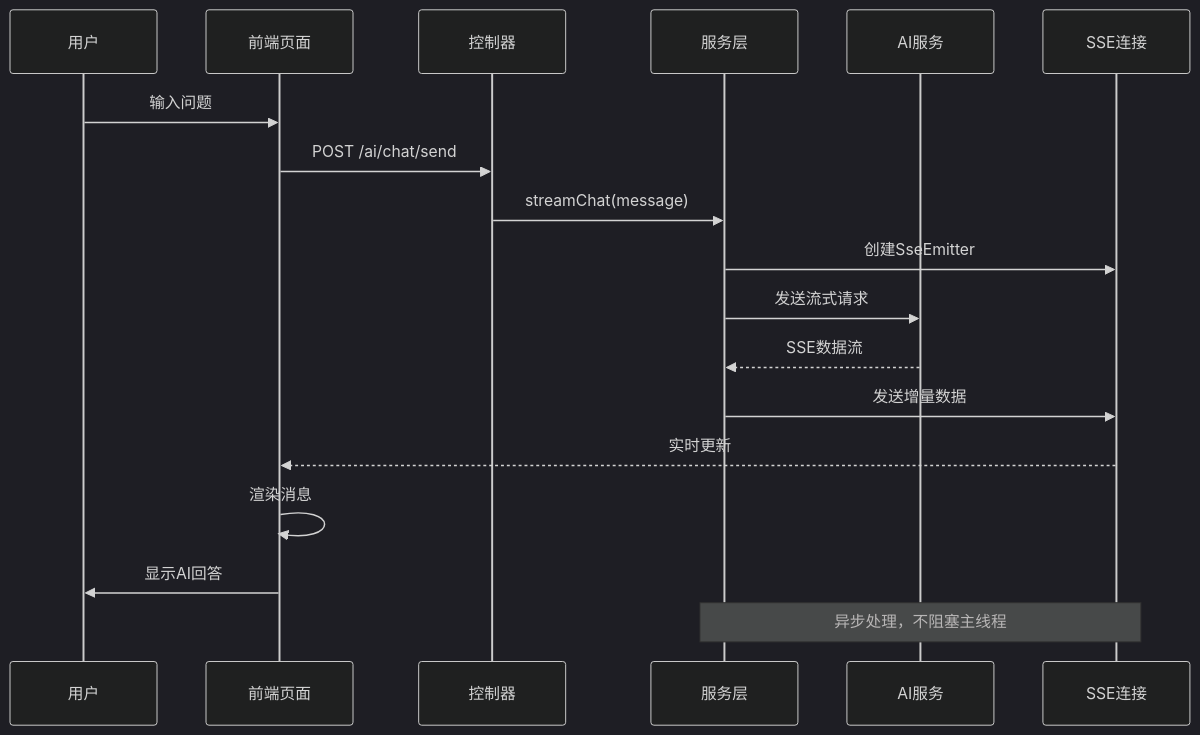
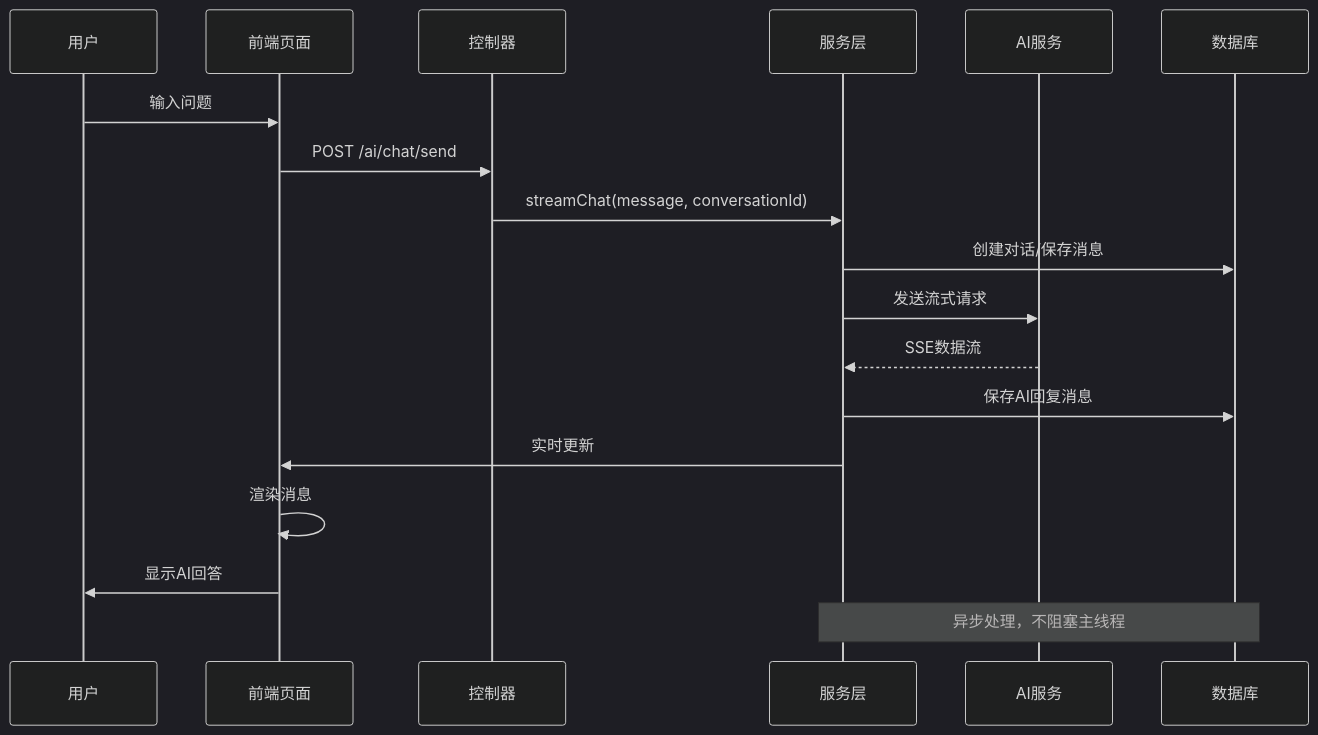
The second of 17 diagrams in .qoder/repowiki/zh/content/AI智能问答模块.md (xionghao5/ruoyi-demo), drawn with Mermaid (dark theme) before and after one commit. The commit also changed other lines of this file and 3 other files, not shown here.

````diff
--- a/.qoder/repowiki/zh/content/AI智能问答模块.md
+++ b/.qoder/repowiki/zh/content/AI智能问答模块.md
@@ -105,20 +133,20 @@
 ```mermaid
 sequenceDiagram
 participant User as 用户
 participant Frontend as 前端页面
 participant Controller as 控制器
 participant Service as 服务层
 participant AIService as AI服务
-participant SSE as SSE连接
+participant DB as 数据库
 User->>Frontend : 输入问题
 Frontend->>Controller : POST /ai/chat/send
-Controller->>Service : streamChat(message)
-Service->>SSE : 创建SseEmitter
+Controller->>Service : streamChat(message, conversationId)
+Service->>DB : 创建对话/保存消息
 Service->>AIService : 发送流式请求
 AIService-->>Service : SSE数据流
-Service->>SSE : 发送增量数据
-SSE-->>Frontend : 实时更新
+Service->>DB : 保存AI回复消息
+Service->>Frontend : 实时更新
 Frontend->>Frontend : 渲染消息
 Frontend->>User : 显示AI回答
-Note over Service,SSE : 异步处理，不阻塞主线程
+Note over Service,DB : 异步处理，不阻塞主线程
 ```
````
